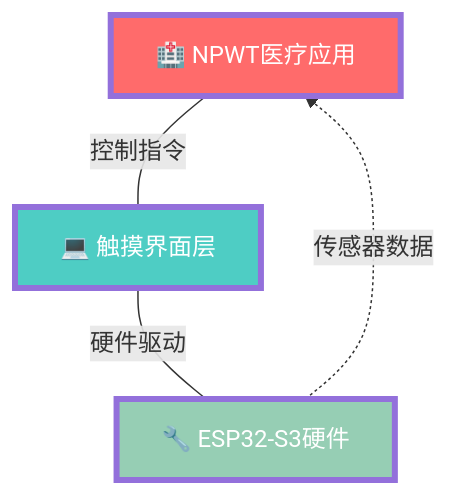
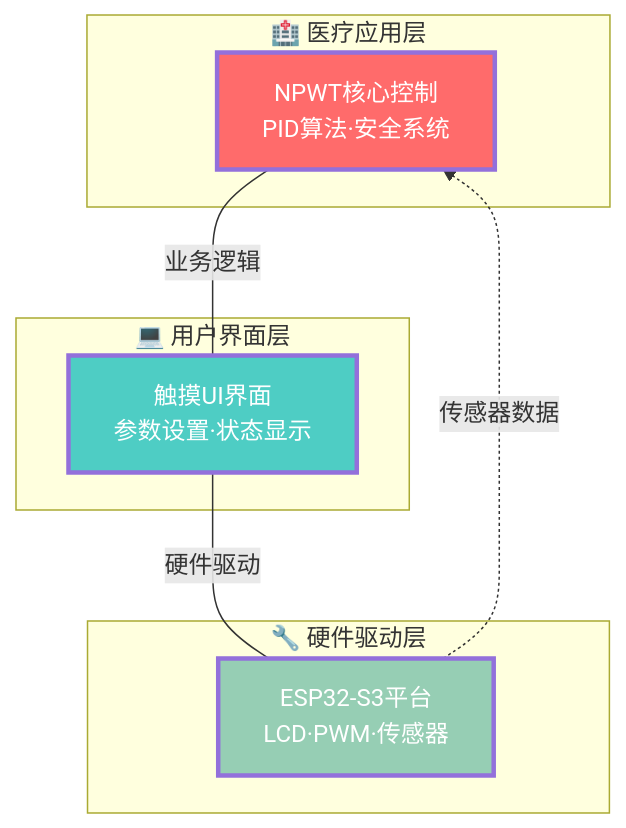
One commit to Owen1B/PressureCare changed the first of 2 diagrams in README.md. Above: the diagram before and after it, drawn with Mermaid.

Commit message:
更新readme

````diff
--- a/README.md
+++ b/README.md
@@ -26,14 +26,22 @@
 ```mermaid
 graph TB
-    A[🏥 NPWT医疗应用]
-    B[💻 触摸界面层]
-    C[🔧 ESP32-S3硬件]
+    subgraph "🏥 医疗应用层"
+        A[NPWT核心控制<br/>PID算法·安全系统]
+    end
 
-    A ---|控制指令| B
-    B ---|硬件驱动| C
-    C -.->|传感器数据| A
+    subgraph "💻 用户界面层"  
+        U[触摸UI界面<br/>参数设置·状态显示]
+    end
     
-    style A fill:#ff6b6b,stroke-width:4px,color:#fff
-    style B fill:#4ecdc4,stroke-width:4px,color:#fff  
-    style C fill:#96ceb4,stroke-width:4px,color:#fff
+    subgraph "🔧 硬件驱动层"
+        H[ESP32-S3平台<br/>LCD·PWM·传感器]
+    end
+
+    A ---|业务逻辑| U
+    U ---|硬件驱动| H
+    H -.->|传感器数据| A
+    
+    style A fill:#ff6b6b,stroke-width:3px,color:#fff
+    style U fill:#4ecdc4,stroke-width:3px,color:#fff  
+    style H fill:#96ceb4,stroke-width:3px,color:#fff
 ```
````
